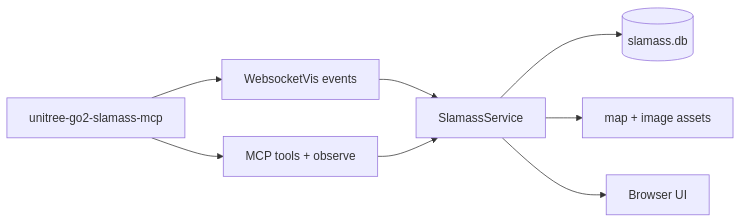
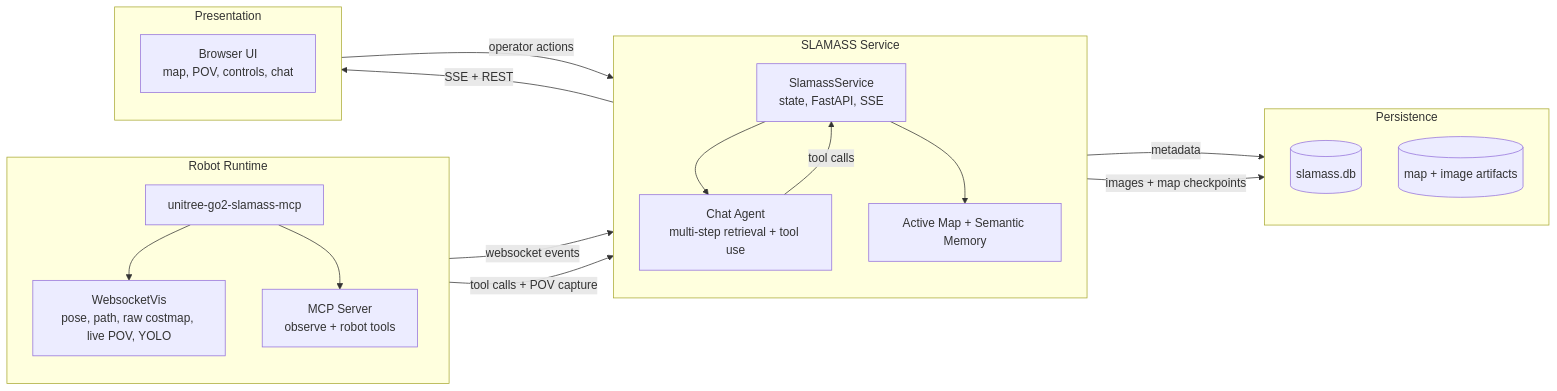
One commit to sherifnafie/dimos-slamass changed the diagram in dimos/slamass/README.md. Above: the diagram before and after it, drawn with Mermaid. The commit also changed 1 other file, not shown here.

Commit message:
docs: improve SLAMASS architecture diagrams

````diff
--- a/dimos/slamass/README.md
+++ b/dimos/slamass/README.md
@@ -16,10 +16,39 @@
 ```mermaid
 flowchart LR
-    Runtime[unitree-go2-slamass-mcp] --> WS[WebsocketVis events]
-    Runtime --> MCP[MCP tools + observe]
-    WS --> Service[SlamassService]
-    MCP --> Service
-    Service --> DB[(slamass.db)]
-    Service --> Files[map + image assets]
-    Service --> UI[Browser UI]
+    subgraph Runtime["Robot Runtime"]
+        direction TB
+        Stack[unitree-go2-slamass-mcp]
+        WS[WebsocketVis<br/>pose, path, raw costmap, live POV, YOLO]
+        MCP[MCP Server<br/>observe + robot tools]
+        Stack --> WS
+        Stack --> MCP
+    end
+
+    subgraph Sidecar["SLAMASS Service"]
+        direction TB
+        Service[SlamassService<br/>state, FastAPI, SSE]
+        Agent[Chat Agent<br/>multi-step retrieval + tool use]
+        State[Active Map + Semantic Memory]
+        Service --> Agent
+        Agent -->|tool calls| Service
+        Service --> State
+    end
+
+    subgraph Storage["Persistence"]
+        direction TB
+        DB[(slamass.db)]
+        Files[(map + image artifacts)]
+    end
+
+    subgraph UI["Presentation"]
+        direction TB
+        Browser[Browser UI<br/>map, POV, controls, chat]
+    end
+
+    WS -->|websocket events| Service
+    MCP -->|tool calls + POV capture| Service
+    Service -->|SSE + REST| Browser
+    Browser -->|operator actions| Service
+    Service -->|metadata| DB
+    Service -->|images + map checkpoints| Files
 ```
````
